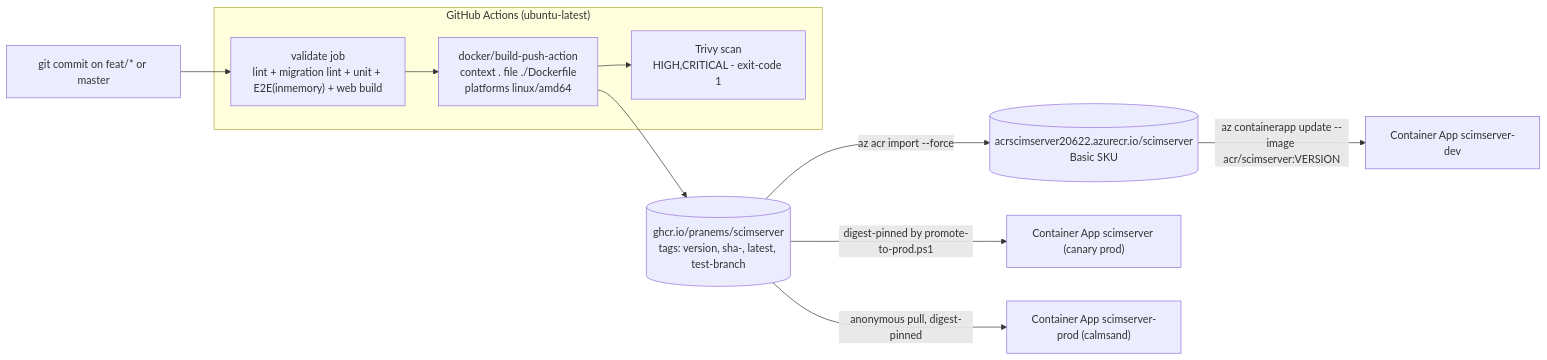
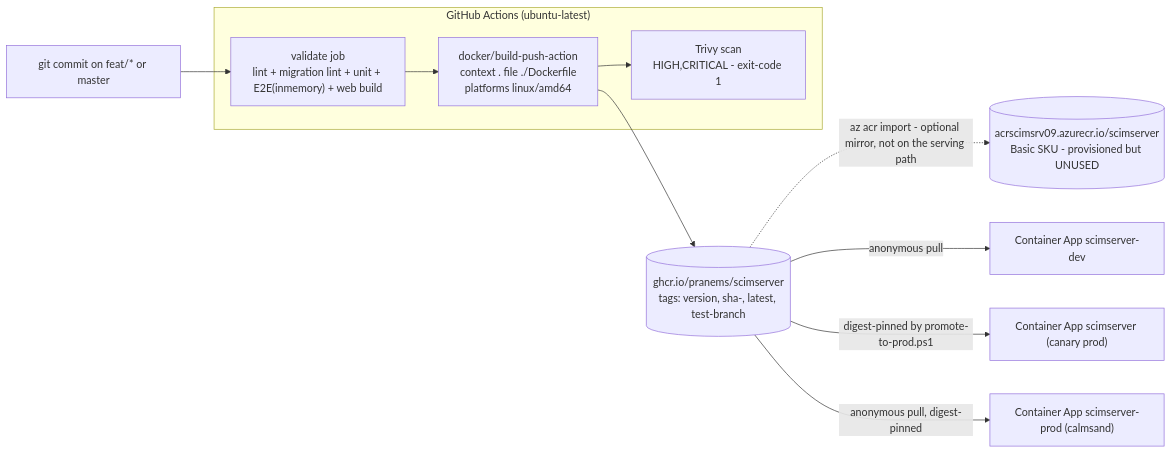
Before and after one commit to pranems/SCIMServer: the seventh of 11 diagrams in docs/DEPLOYMENT_INFRASTRUCTURE_AND_FORM_FACTORS.md, drawn with Mermaid. The commit also changed other lines of this file and 28 other files, not shown here.

````diff
--- a/docs/DEPLOYMENT_INFRASTRUCTURE_AND_FORM_FACTORS.md
+++ b/docs/DEPLOYMENT_INFRASTRUCTURE_AND_FORM_FACTORS.md
@@ -469,21 +476,21 @@
 ```mermaid
 flowchart LR
     GIT["git commit on feat/* or master"]
     subgraph GHA["GitHub Actions (ubuntu-latest)"]
       VAL["validate job<br/>lint + migration lint + unit + E2E(inmemory) + web build"]
       BLD["docker/build-push-action<br/>context . file ./Dockerfile<br/>platforms linux/amd64"]
       TRV["Trivy scan<br/>HIGH,CRITICAL - exit-code 1"]
     end
     GHCR[("ghcr.io/pranems/scimserver<br/>tags: version, sha-, latest, test-branch")]
-    ACR[("acrscimserver20622.azurecr.io/scimserver<br/>Basic SKU")]
+    ACR[("acrscimsrv09.azurecr.io/scimserver<br/>Basic SKU - provisioned but UNUSED")]
     DEV["Container App scimserver-dev"]
     CAN["Container App scimserver (canary prod)"]
     CUS["Container App scimserver-prod (calmsand)"]
 
     GIT --> VAL --> BLD --> GHCR
     BLD --> TRV
-    GHCR -->|"az acr import --force"| ACR
-    ACR -->|"az containerapp update --image acr/scimserver:VERSION"| DEV
+    GHCR -.->|"az acr import - optional mirror, not on the serving path"| ACR
+    GHCR -->|"anonymous pull"| DEV
     GHCR -->|"digest-pinned by promote-to-prod.ps1"| CAN
     GHCR -->|"anonymous pull, digest-pinned"| CUS
 ```
````
